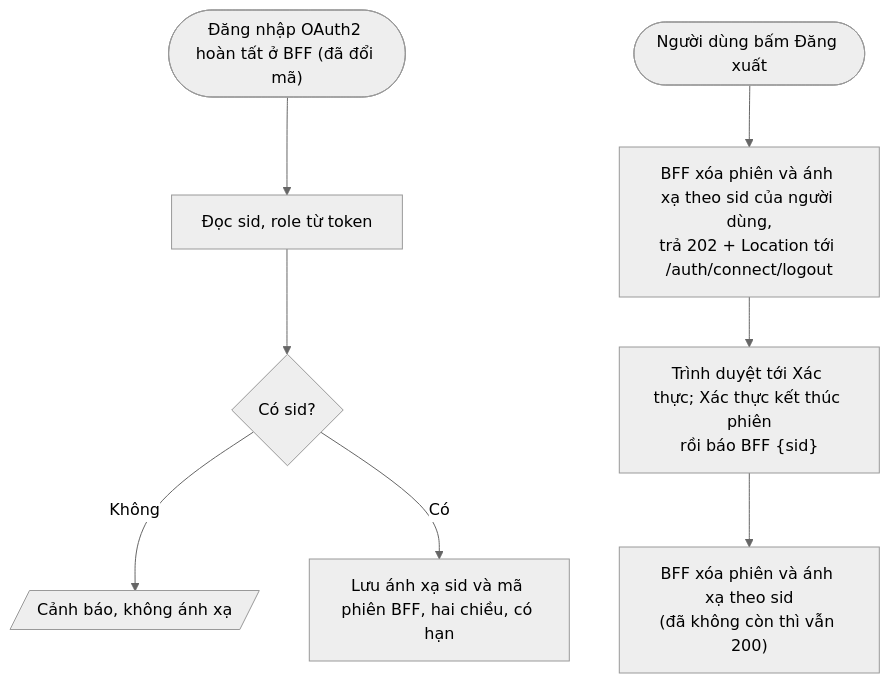
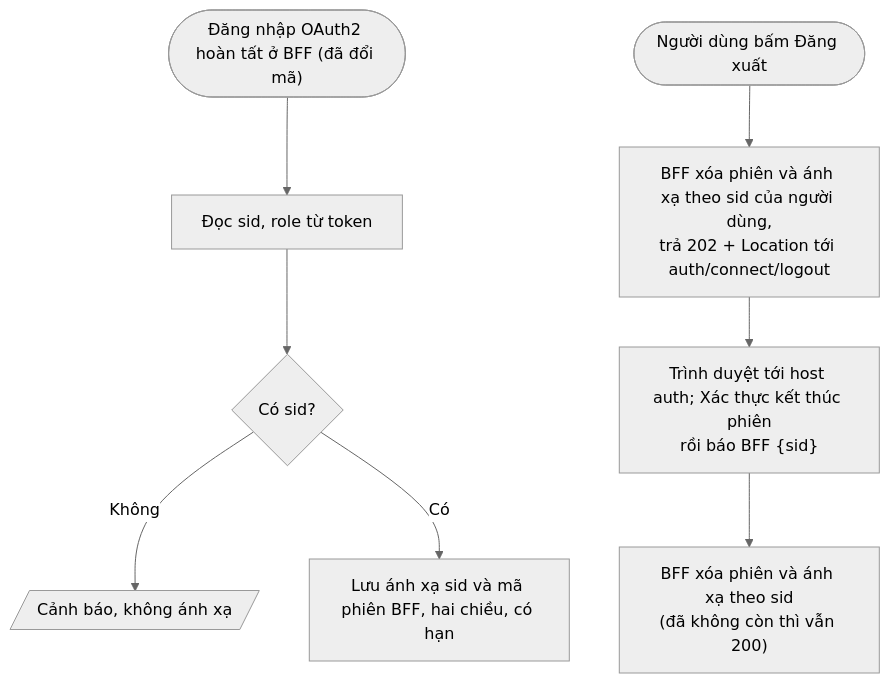
The second of 2 diagrams in docs/stage/c0-foundation/06-access-gateway/flow.md (truong-ngo-dev/t3n-nexus), drawn with Mermaid (neutral theme) before and after one commit. The commit also changed other lines of this file and 185 other files, not shown here.

````diff
--- a/docs/stage/c0-foundation/06-access-gateway/flow.md
+++ b/docs/stage/c0-foundation/06-access-gateway/flow.md
@@ -67,10 +73,10 @@
 ```mermaid
 flowchart TD
   P(["Đăng nhập OAuth2 hoàn tất ở BFF (đã đổi mã)"]) --> Q["Đọc sid, role từ token"]
   Q --> R{"Có sid?"}
   R -- Không --> X5[/"Cảnh báo, không ánh xạ"/]
   R -- Có --> S["Lưu ánh xạ sid và mã phiên BFF, hai chiều, có hạn"]
-  T(["Người dùng bấm Đăng xuất"]) --> U["BFF xóa phiên và ánh xạ theo sid của người dùng,<br/>trả 202 + Location tới /auth/connect/logout"]
-  U --> V["Trình duyệt tới Xác thực; Xác thực kết thúc phiên<br/>rồi báo BFF {sid}"]
+  T(["Người dùng bấm Đăng xuất"]) --> U["BFF xóa phiên và ánh xạ theo sid của người dùng,<br/>trả 202 + Location tới auth/connect/logout"]
+  U --> V["Trình duyệt tới host auth; Xác thực kết thúc phiên<br/>rồi báo BFF {sid}"]
   V --> W["BFF xóa phiên và ánh xạ theo sid<br/>(đã không còn thì vẫn 200)"]
 ```
````
